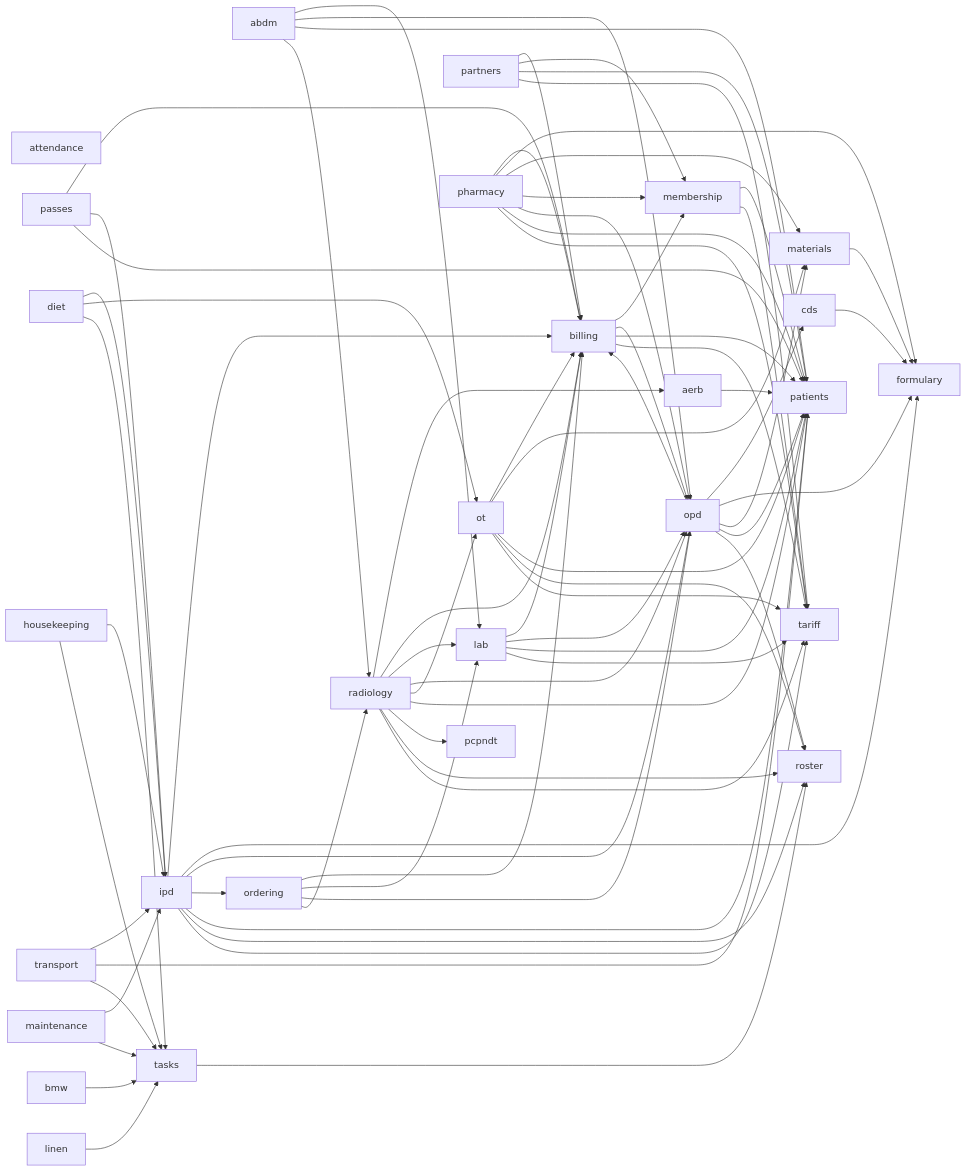
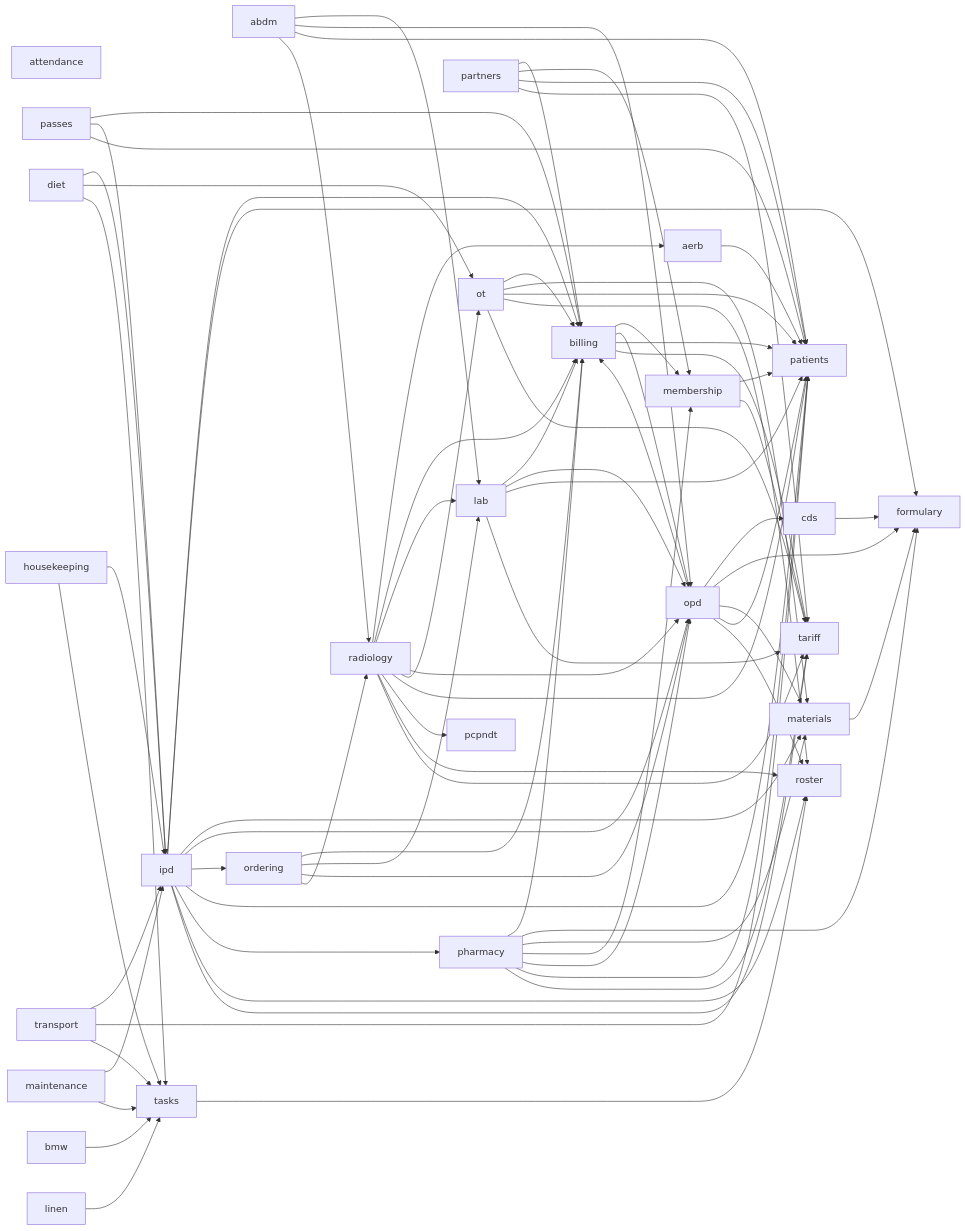
One commit to ankits3a/hims-hmis changed the second of 2 diagrams in docs/architecture/README.md. Above: the diagram before and after it, drawn with Mermaid. The commit also changed other lines of this file and 6 other files, not shown here.

First line of the commit message:
docs(ipd-emar): regenerate the architecture map after E4.3

```diff
--- a/docs/architecture/README.md
+++ b/docs/architecture/README.md
@@ -76,9 +76,11 @@
   housekeeping --> tasks
   ipd --> billing
   ipd --> formulary
+  ipd --> materials
   ipd --> opd
   ipd --> ordering
   ipd --> patients
+  ipd --> pharmacy
   ipd --> roster
   ipd --> tariff
   lab --> billing
```
